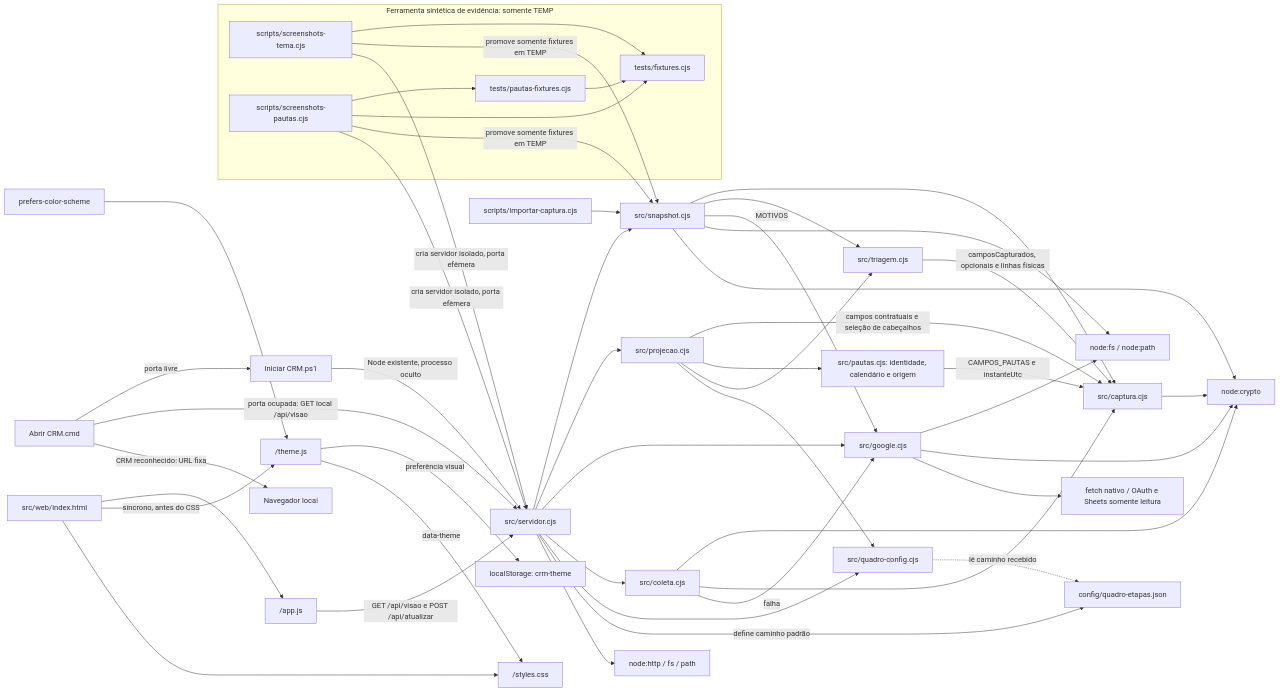
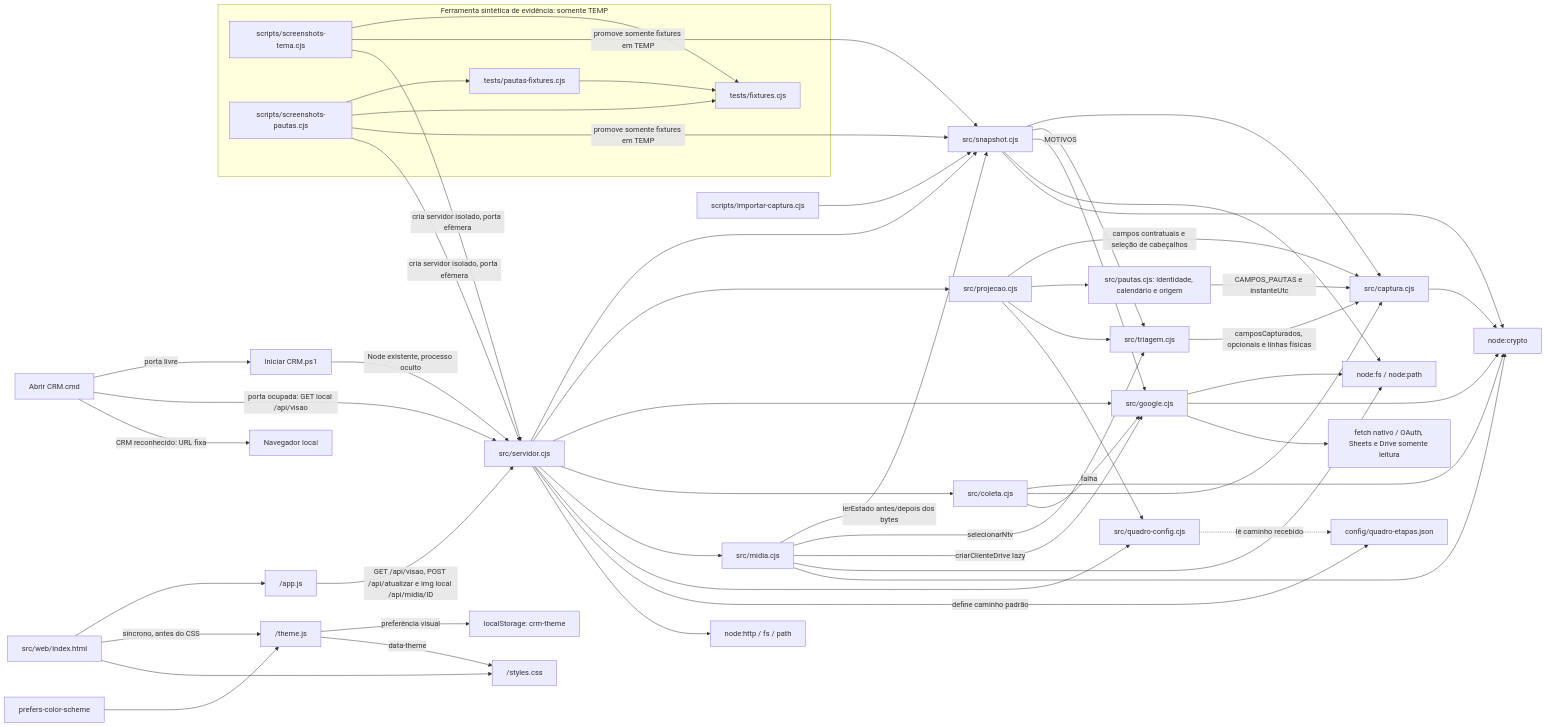
Before and after one commit to Browsher/crm-social: the first of 5 diagrams in docs/architecture.md, drawn with Mermaid. The commit also changed other lines of this file and 23 other files, not shown here.

````diff
--- a/docs/architecture.md
+++ b/docs/architecture.md
@@ -11,51 +11,57 @@
 ```mermaid
 flowchart LR
   Abrir["Abrir CRM.cmd"] -->|porta livre| Iniciador
   Abrir -->|porta ocupada: GET local /api/visao| Server
   Abrir -->|CRM reconhecido: URL fixa| Navegador[Navegador local]
   Iniciador["Iniciar CRM.ps1"] -->|Node existente, processo oculto| Server
   CLI["scripts/importar-captura.cjs"] --> Snapshot["src/snapshot.cjs"]
   subgraph Evidencia["Ferramenta sintética de evidência: somente TEMP"]
     Screenshots["scripts/screenshots-tema.cjs"] --> Fixtures["tests/fixtures.cjs"]
     ScreenshotsPautas["scripts/screenshots-pautas.cjs"] --> FixturesPautas["tests/pautas-fixtures.cjs"]
     ScreenshotsPautas --> Fixtures
     FixturesPautas --> Fixtures
   end
   Screenshots -->|promove somente fixtures em TEMP| Snapshot
   Screenshots -->|cria servidor isolado, porta efêmera| Server
   ScreenshotsPautas -->|promove somente fixtures em TEMP| Snapshot
   ScreenshotsPautas -->|cria servidor isolado, porta efêmera| Server
   Snapshot --> Captura["src/captura.cjs"]
   Snapshot --> Triagem["src/triagem.cjs"]
   Server["src/servidor.cjs"] --> Snapshot
   Server --> Projecao["src/projecao.cjs"]
   Server --> Google["src/google.cjs"]
   Server --> Coleta["src/coleta.cjs"]
+  Server --> Midia["src/midia.cjs"]
+  Midia -->|lerEstado antes/depois dos bytes| Snapshot
+  Midia -->|selecionarNtv| Triagem
+  Midia -->|criarClienteDrive lazy| Google
+  Midia --> FS
+  Midia --> Crypto
   Snapshot -->|MOTIVOS| Google
   Coleta --> Crypto
   Coleta --> Captura
   Coleta -->|falha| Google
   Google --> FS
   Google --> Crypto
-  Google --> Fetch["fetch nativo / OAuth e Sheets somente leitura"]
+  Google --> Fetch["fetch nativo / OAuth, Sheets e Drive somente leitura"]
   Server --> Quadro["src/quadro-config.cjs"]
   Projecao -->|campos contratuais e seleção de cabeçalhos| Captura
   Projecao --> Pautas["src/pautas.cjs: identidade, calendário e origem"]
   Pautas -->|CAMPOS_PAUTAS e instanteUtc| Captura
   Projecao --> Triagem
   Triagem -->|camposCapturados, opcionais e linhas físicas| Captura
   Projecao --> Quadro
   Server -->|define caminho padrão| Config["config/quadro-etapas.json"]
   Quadro -.->|lê caminho recebido| Config
   HTML["src/web/index.html"] --> JS["/app.js"]
   HTML -->|síncrono, antes do CSS| Theme["/theme.js"]
   Theme -->|preferência visual| Storage["localStorage: crm-theme"]
   System["prefers-color-scheme"] --> Theme
   Theme -->|data-theme| CSS
   HTML --> CSS["/styles.css"]
-  JS -->|GET /api/visao e POST /api/atualizar| Server
+  JS -->|GET /api/visao, POST /api/atualizar e img local /api/midia/ID| Server
   Snapshot --> FS["node:fs / node:path"]
   Captura --> Crypto["node:crypto"]
   Snapshot --> Crypto
   Server --> HTTP["node:http / fs / path"]
 ```
````
